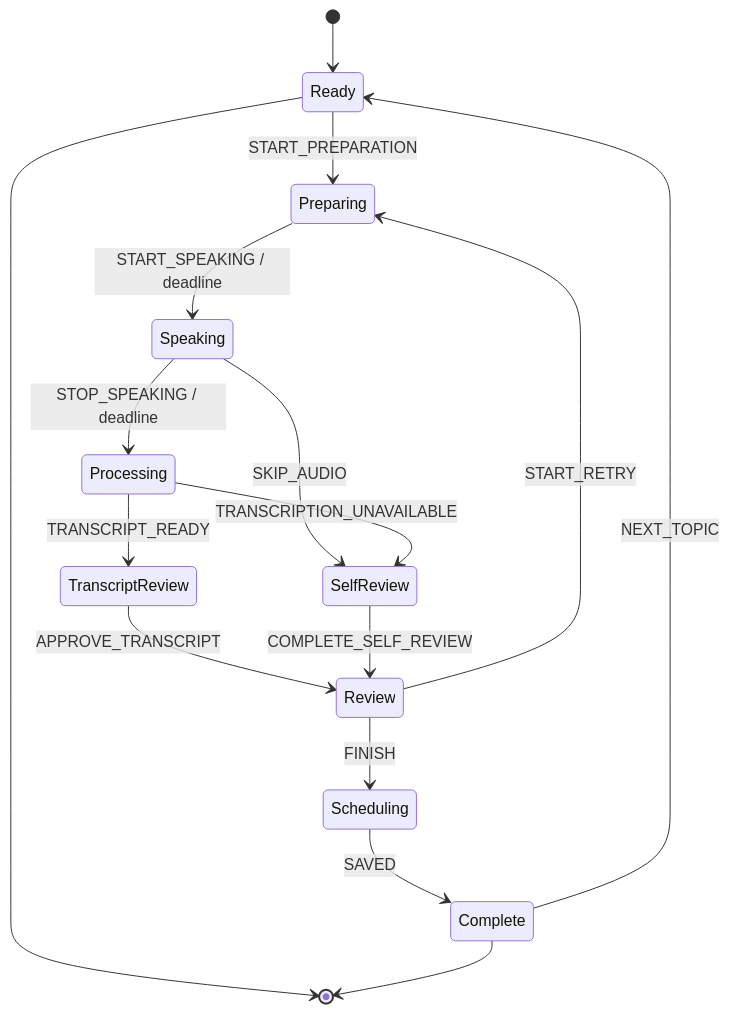
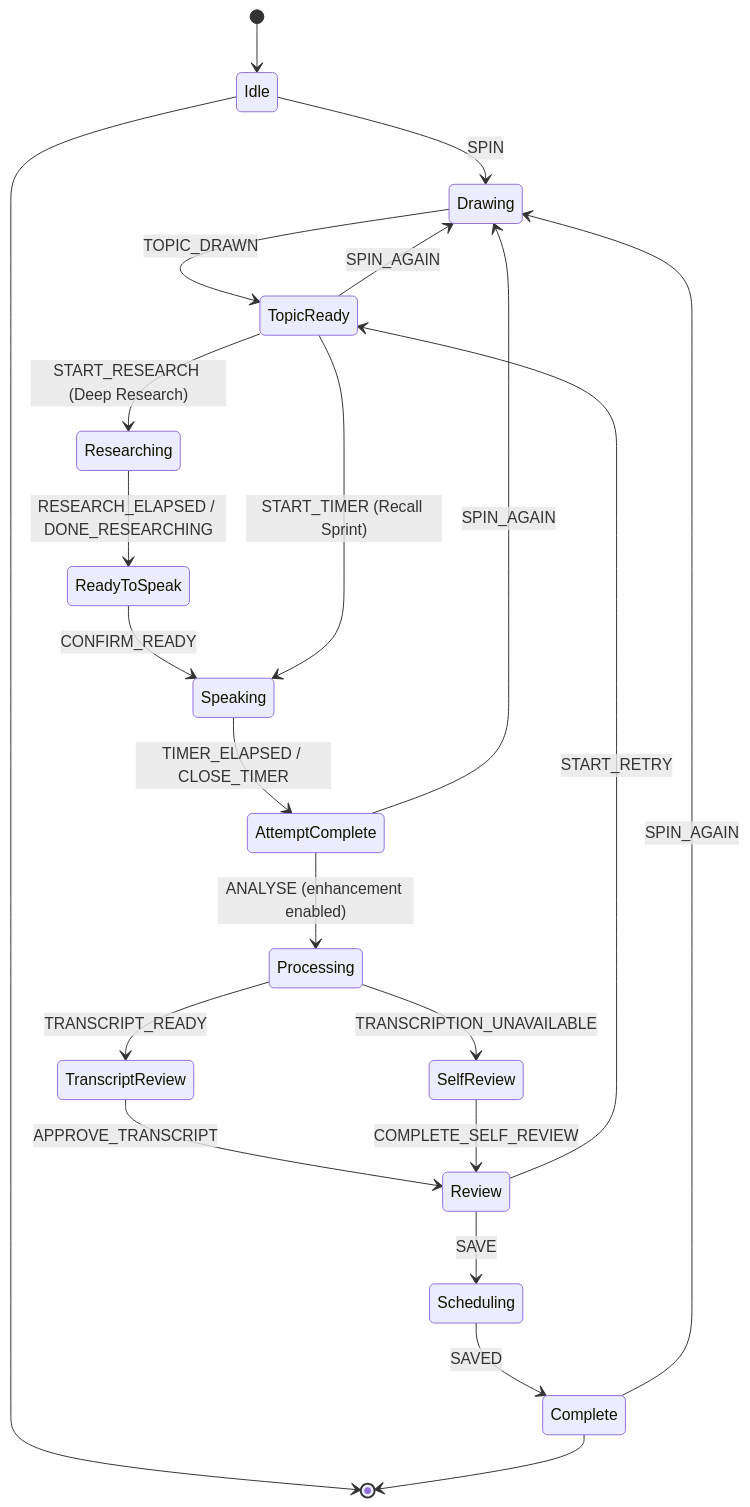
One commit to utkarsh-senpai/MediPrompt changed the second of 3 diagrams in docs/L3_COMPONENT_DESIGN.md. Above: the diagram before and after it, drawn with Mermaid. The commit also changed other lines of this file and 5 other files, not shown here.

Commit message:
docs: make the core speaking flow the product baseline

````diff
--- a/docs/L3_COMPONENT_DESIGN.md
+++ b/docs/L3_COMPONENT_DESIGN.md
@@ -141,18 +157,24 @@
 ```mermaid
 stateDiagram-v2
-    [*] --> Ready
-    Ready --> Preparing: START_PREPARATION
-    Preparing --> Speaking: START_SPEAKING / deadline
-    Speaking --> Processing: STOP_SPEAKING / deadline
-    Speaking --> SelfReview: SKIP_AUDIO
+    [*] --> Idle
+    Idle --> Drawing: SPIN
+    Drawing --> TopicReady: TOPIC_DRAWN
+    TopicReady --> Drawing: SPIN_AGAIN
+    TopicReady --> Researching: START_RESEARCH (Deep Research)
+    Researching --> ReadyToSpeak: RESEARCH_ELAPSED / DONE_RESEARCHING
+    ReadyToSpeak --> Speaking: CONFIRM_READY
+    TopicReady --> Speaking: START_TIMER (Recall Sprint)
+    Speaking --> AttemptComplete: TIMER_ELAPSED / CLOSE_TIMER
+    AttemptComplete --> Drawing: SPIN_AGAIN
+    AttemptComplete --> Processing: ANALYSE (enhancement enabled)
     Processing --> TranscriptReview: TRANSCRIPT_READY
     Processing --> SelfReview: TRANSCRIPTION_UNAVAILABLE
     TranscriptReview --> Review: APPROVE_TRANSCRIPT
     SelfReview --> Review: COMPLETE_SELF_REVIEW
-    Review --> Preparing: START_RETRY
-    Review --> Scheduling: FINISH
+    Review --> TopicReady: START_RETRY
+    Review --> Scheduling: SAVE
     Scheduling --> Complete: SAVED
-    Complete --> Ready: NEXT_TOPIC
-    Ready --> [*]
+    Complete --> Drawing: SPIN_AGAIN
+    Idle --> [*]
     Complete --> [*]
 ```
````
